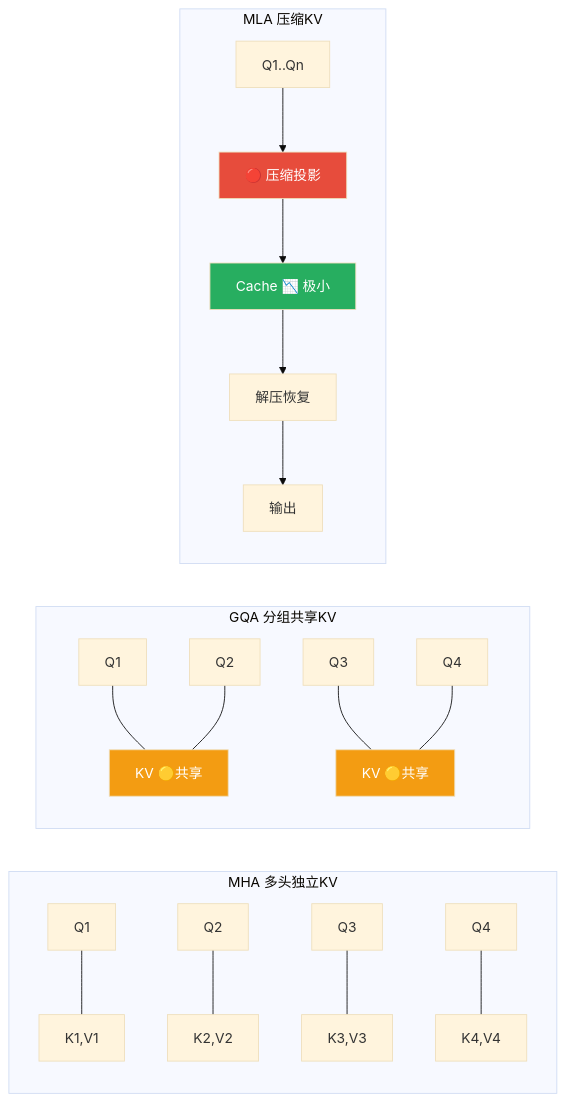
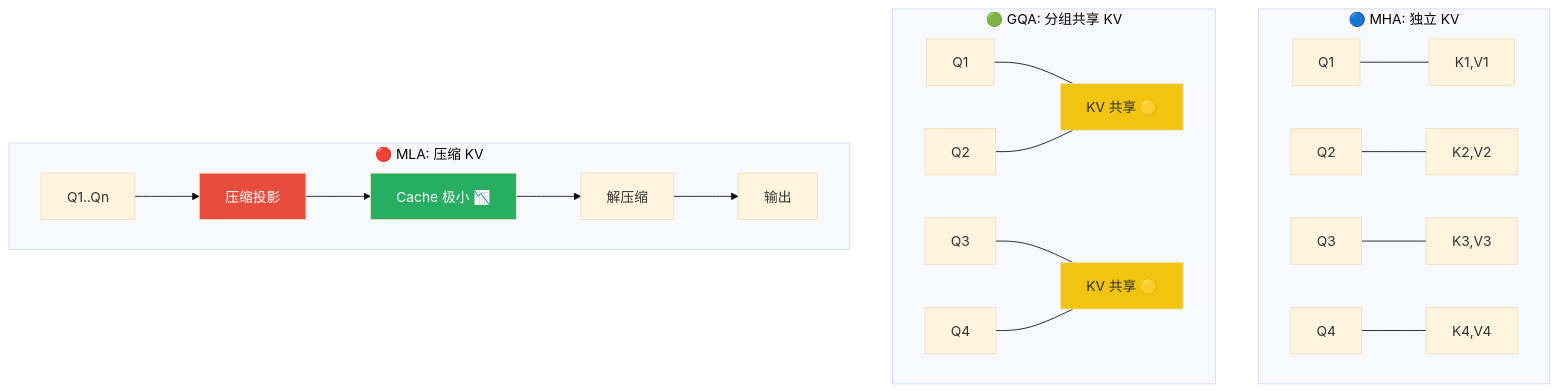
One commit to jianzhnie/PCL-Model-Kit changed the eighth of 15 diagrams in docs/llm_param_expansion.md. Above: the diagram before and after it, drawn with Mermaid (base theme). The commit also changed other lines of this file, not shown here.

````diff
--- a/docs/llm_param_expansion.md
+++ b/docs/llm_param_expansion.md
@@ -255,20 +295,20 @@
 ```mermaid
-graph LR
-    subgraph MHA 多头独立KV
-        Q1[Q1]---KV1[K1,V1]
-        Q2[Q2]---KV2[K2,V2]
-        Q3[Q3]---KV3[K3,V3]
-        Q4[Q4]---KV4[K4,V4]
+graph TD
+    subgraph MHA["🔵 MHA: 独立 KV"]
+        Q1[Q1] --- KV1["K1,V1"]
+        Q2[Q2] --- KV2["K2,V2"]
+        Q3[Q3] --- KV3["K3,V3"]
+        Q4[Q4] --- KV4["K4,V4"]
     end
-    subgraph GQA 分组共享KV
-        GQ1[Q1] & GQ2[Q2]---GKV1["KV 🟡共享"]
-        GQ3[Q3] & GQ4[Q4]---GKV2["KV 🟡共享"]
+    subgraph GQA["🟢 GQA: 分组共享 KV"]
+        GQ1[Q1] & GQ2[Q2] --- GKV1["KV 共享 🟡"]
+        GQ3[Q3] & GQ4[Q4] --- GKV2["KV 共享 🟡"]
     end
-    subgraph MLA 压缩KV
-        MQ["Q1..Qn"] --> COMP["🔴 压缩投影"] --> CACHE["Cache 📉 极小"] --> DEC["解压恢复"] --> OUT[输出]
+    subgraph MLA["🔴 MLA: 压缩 KV"]
+        MQ["Q1..Qn"] --> COMP["压缩投影"] --> CACHE["Cache 极小 📉"] --> DEC["解压缩"] --> OUT[输出]
     end
-    style GKV1 fill:#F39C12,color:#fff
-    style GKV2 fill:#F39C12,color:#fff
+    style GKV1 fill:#F1C40F,color:#333
+    style GKV2 fill:#F1C40F,color:#333
     style COMP fill:#E74C3C,color:#fff
     style CACHE fill:#27AE60,color:#fff
 ```
````
